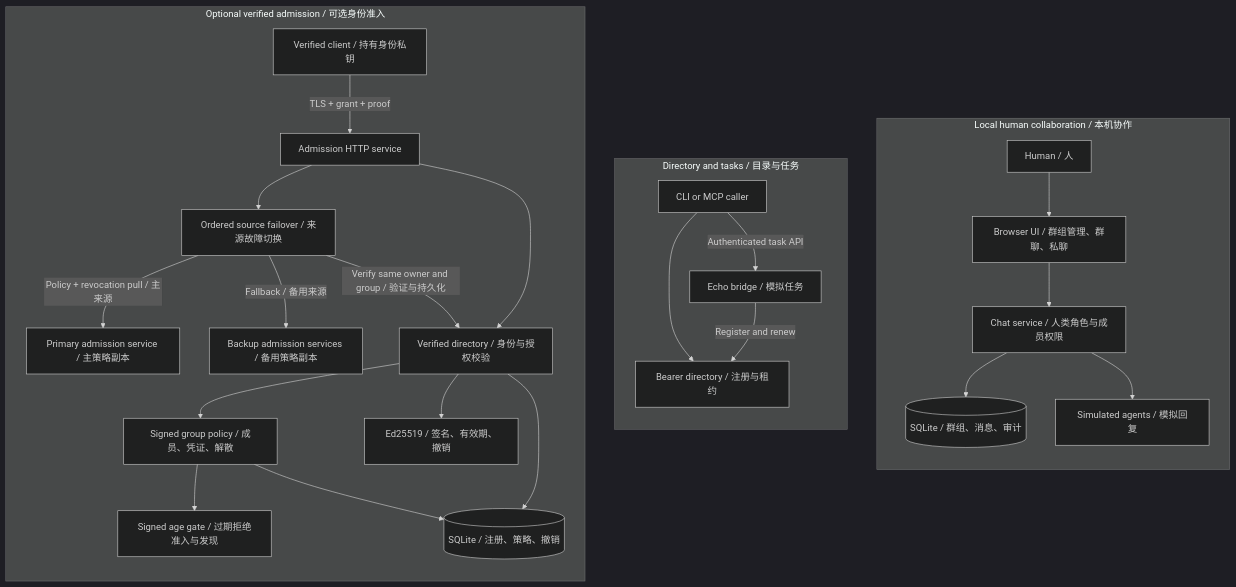
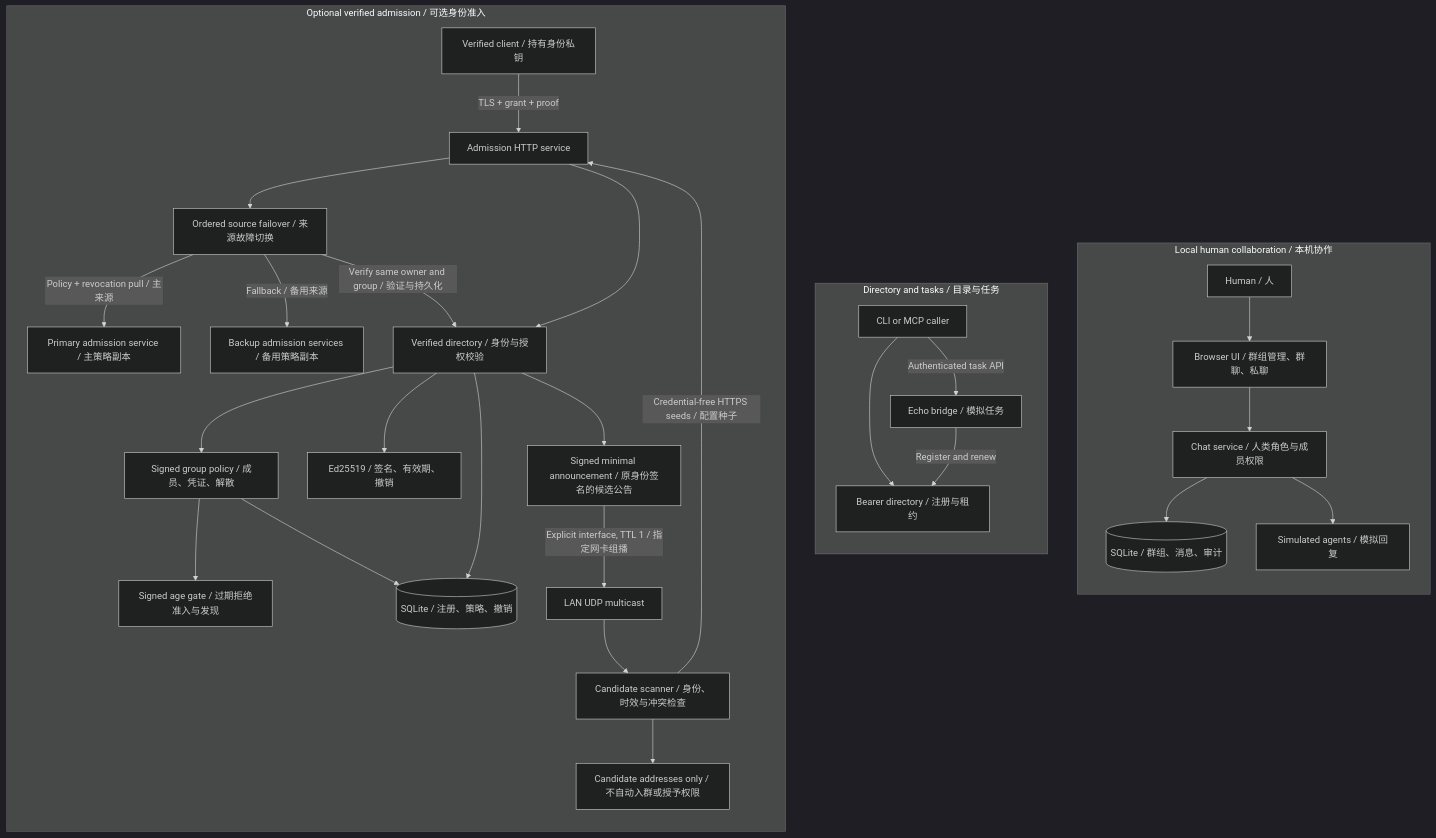
One commit to lgdu/tailnet-agents changed the first of 2 diagrams in README.md. Above: the diagram before and after it, drawn with Mermaid (dark theme). The commit also changed other lines of this file and 18 other files, not shown here.

Commit message:
feat: discover signed candidates over LAN multicast and configured seeds

````diff
--- a/README.md
+++ b/README.md
@@ -36,30 +37,35 @@
 ```mermaid
 flowchart TB
   subgraph CHAT["Local human collaboration / 本机协作"]
     direction TB
     H["Human / 人"] --> UI["Browser UI / 群组管理、群聊、私聊"]
     UI --> CS["Chat service / 人类角色与成员权限"]
     CS --> DB[("SQLite / 群组、消息、审计")]
     CS --> SIM["Simulated agents / 模拟回复"]
   end
   subgraph TASK["Directory and tasks / 目录与任务"]
     direction TB
     CALL["CLI or MCP caller"] --> REG["Bearer directory / 注册与租约"]
     CALL -->|"Authenticated task API"| ECHO["Echo bridge / 模拟任务"]
     ECHO -->|"Register and renew"| REG
   end
   subgraph VERIFY["Optional verified admission / 可选身份准入"]
     direction TB
     VC["Verified client / 持有身份私钥"] -->|"TLS + grant + proof"| API["Admission HTTP service"]
     API --> SYNC["Ordered source failover / 来源故障切换"]
     SYNC -->|"Policy + revocation pull / 主来源"| PEER["Primary admission service / 主策略副本"]
     SYNC -->|"Fallback / 备用来源"| BACKUP["Backup admission services / 备用策略副本"]
     SYNC -->|"Verify same owner and group / 验证与持久化"| VD
     API --> VD["Verified directory / 身份与授权校验"]
     VD --> GP["Signed group policy / 成员、凭证、解散"]
     GP --> AGE["Signed age gate / 过期拒绝准入与发现"]
     VD --> ID["Ed25519 / 签名、有效期、撤销"]
     VD --> VDB[("SQLite / 注册、策略、撤销")]
     GP --> VDB
+    VD --> ANN["Signed minimal announcement / 原身份签名的候选公告"]
+    ANN -->|"Explicit interface, TTL 1 / 指定网卡组播"| LAN["LAN UDP multicast"]
+    LAN --> FIND["Candidate scanner / 身份、时效与冲突检查"]
+    FIND -->|"Credential-free HTTPS seeds / 配置种子"| API
+    FIND --> CAND["Candidate addresses only / 不自动入群或授予权限"]
   end
 ```
````
